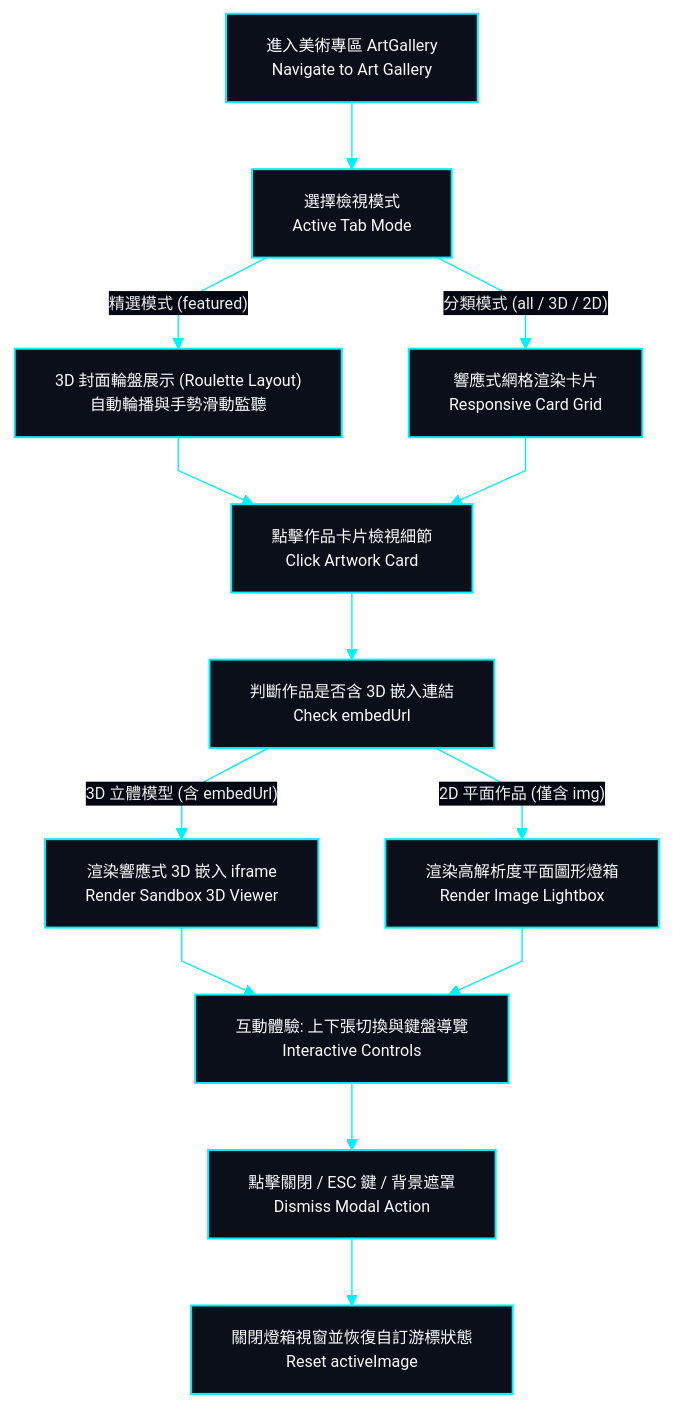
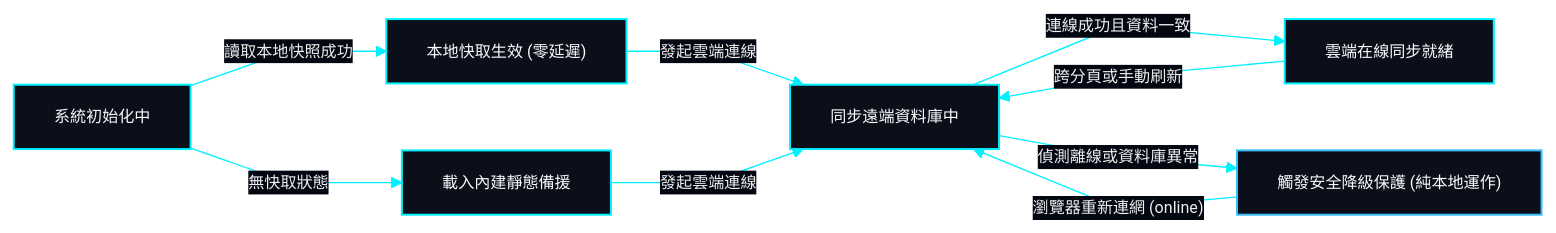
The fourth of 4 diagrams in docs/system-design/06-flowcharts.md (EricXJason/my-portfolio-website), drawn with Mermaid before and after one commit. The commit also changed other lines of this file and 19 other files, not shown here.

Commit message:
docs(specs): establish system design specifications, check-list, and tech HUD standards

````diff
--- a/docs/system-design/06-flowcharts.md
+++ b/docs/system-design/06-flowcharts.md
@@ -130,39 +157,36 @@
 ```mermaid
 %%{init: {
   'theme': 'base',
   'themeVariables': {
     'darkMode': true,
     'background': '#030712',
     'mainBkg': '#0b0f19',
     'nodeBorder': '#00f0ff',
     'textColor': '#f8fafc',
     'lineColor': '#00f0ff',
+    'clusterBkg': '#060a14',
+    'clusterBorder': '#1e293b',
+    'titleColor': '#00f0ff',
     'edgeLabelBackground': '#030712',
     'fontSize': '12px'
   },
   'flowchart': {
     'curve': 'linear'
   }
 }}%%
-flowchart TD
+flowchart LR
     classDef hudCard fill:#0b0f19,stroke:#00f0ff,stroke-width:1.5px,color:#f8fafc;
+    classDef alertCard fill:#0b0f19,stroke:#38bdf8,stroke-width:1.5px,color:#f8fafc;
 
-    GalleryEnter["進入美術專區 ArtGallery<br>Navigate to Art Gallery"]:::hudCard --> ViewMode["選擇檢視模式<br>Active Tab Mode"]:::hudCard
-    
-    ViewMode -->|"精選模式 (featured)"| RouletteView["3D 封面輪盤展示 (Roulette Layout)<br>自動輪播與手勢滑動監聽"]:::hudCard
-    ViewMode -->|"分類模式 (all / 3D / 2D)"| GridView["響應式網格渲染卡片<br>Responsive Card Grid"]:::hudCard
+    S1["系統初始化中"]:::hudCard -->|"讀取本地快照成功"| S2["本地快取生效 (零延遲)"]:::hudCard
+    S1 -->|"無快取狀態"| S3["載入內建靜態備援"]:::hudCard
 
-    RouletteView --> SelectCard["點擊作品卡片檢視細節<br>Click Artwork Card"]:::hudCard
-    GridView --> SelectCard
+    S2 -->|"發起雲端連線"| S4["同步遠端資料庫中"]:::hudCard
+    S3 -->|"發起雲端連線"| S4
 
-    SelectCard --> CheckType["判斷作品是否含 3D 嵌入連結<br>Check embedUrl"]:::hudCard
-    
-    CheckType -->|"3D 立體模型 (含 embedUrl)"| Open3DModal["渲染響應式 3D 嵌入 iframe<br>Render Sandbox 3D Viewer"]:::hudCard
-    CheckType -->|"2D 平面作品 (僅含 img)"| Open2DModal["渲染高解析度平面圖形燈箱<br>Render Image Lightbox"]:::hudCard
+    S4 -->|"連線成功且資料一致"| S5["雲端在線同步就緒"]:::hudCard
+    S4 -->|"偵測離線或資料庫異常"| S6["觸發安全降級保護 (純本地運作)"]:::alertCard
 
-    Open3DModal --> Interaction["互動體驗: 上下張切換與鍵盤導覽<br>Interactive Controls"]:::hudCard
-    Open2DModal --> Interaction
-
-    Interaction --> CloseAction["點擊關閉 / ESC 鍵 / 背景遮罩<br>Dismiss Modal Action"]:::hudCard
-    CloseAction --> ResetModal["關閉燈箱視窗並恢復自訂游標狀態<br>Reset activeImage"]:::hudCard
+    S6 -->|"瀏覽器重新連網 (online)"| S4
+    S5 -->|"跨分頁或手動刷新"| S4
 ```
````
